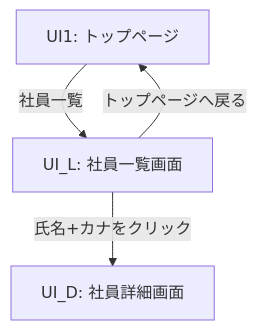
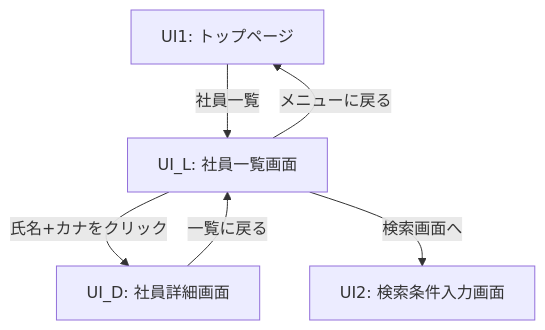
The third of 25 diagrams in EIMS_Comprehensive_Exercise_Guide.md (juyeongjung1/NewEIMS), drawn with Mermaid before and after one commit. The commit also changed other lines of this file and 1 other file, not shown here.

````diff
--- a/EIMS_Comprehensive_Exercise_Guide.md
+++ b/EIMS_Comprehensive_Exercise_Guide.md
@@ -676,8 +734,10 @@
 ```mermaid
 flowchart TD
     UI1[UI1: トップページ] -->|"社員一覧"| UI_L[UI_L: 社員一覧画面]
-    
+  
     UI_L -- "氏名+カナをクリック" --> UI_D[UI_D: 社員詳細画面]
-    
-    UI_L -->|"トップページへ戻る"| UI1
+    UI_D -->|"一覧に戻る"| UI_L
+  
+    UI_L -->|"メニューに戻る"| UI1
+    UI_L -->|"検索画面へ"| UI2[UI2: 検索条件入力画面]
 ```
````
